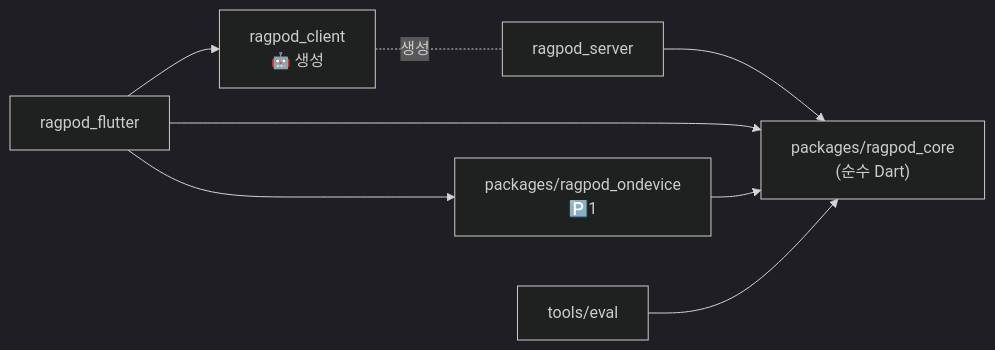
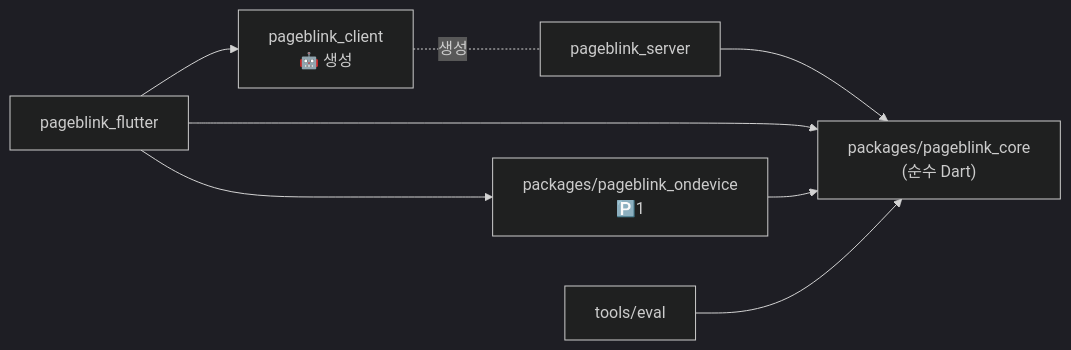
One commit to biyott/pageblink changed the second of 3 diagrams in docs/plan/003-tech-stack-and-prep.md. Above: the diagram before and after it, drawn with Mermaid (dark theme). The commit also changed other lines of this file and 293 other files, not shown here.

First line of the commit message:
refactor: rename project ragpod -> PageBlink (packages pageblink_*)

````diff
--- a/docs/plan/003-tech-stack-and-prep.md
+++ b/docs/plan/003-tech-stack-and-prep.md
@@ -257,15 +257,15 @@
 ```mermaid
 flowchart LR
-  core["packages/ragpod_core<br/>(순수 Dart)"]
-  server["ragpod_server"]
-  client["ragpod_client<br/>🤖 생성"]
-  app["ragpod_flutter"]
-  ondev["packages/ragpod_ondevice<br/>🅿️1"]
+  core["packages/pageblink_core<br/>(순수 Dart)"]
+  server["pageblink_server"]
+  client["pageblink_client<br/>🤖 생성"]
+  app["pageblink_flutter"]
+  ondev["packages/pageblink_ondevice<br/>🅿️1"]
   eval["tools/eval"]
   server --> core
   app --> core
   app --> client
   app --> ondev --> core
   eval --> core
   client -. 생성 .- server
 ```
````
